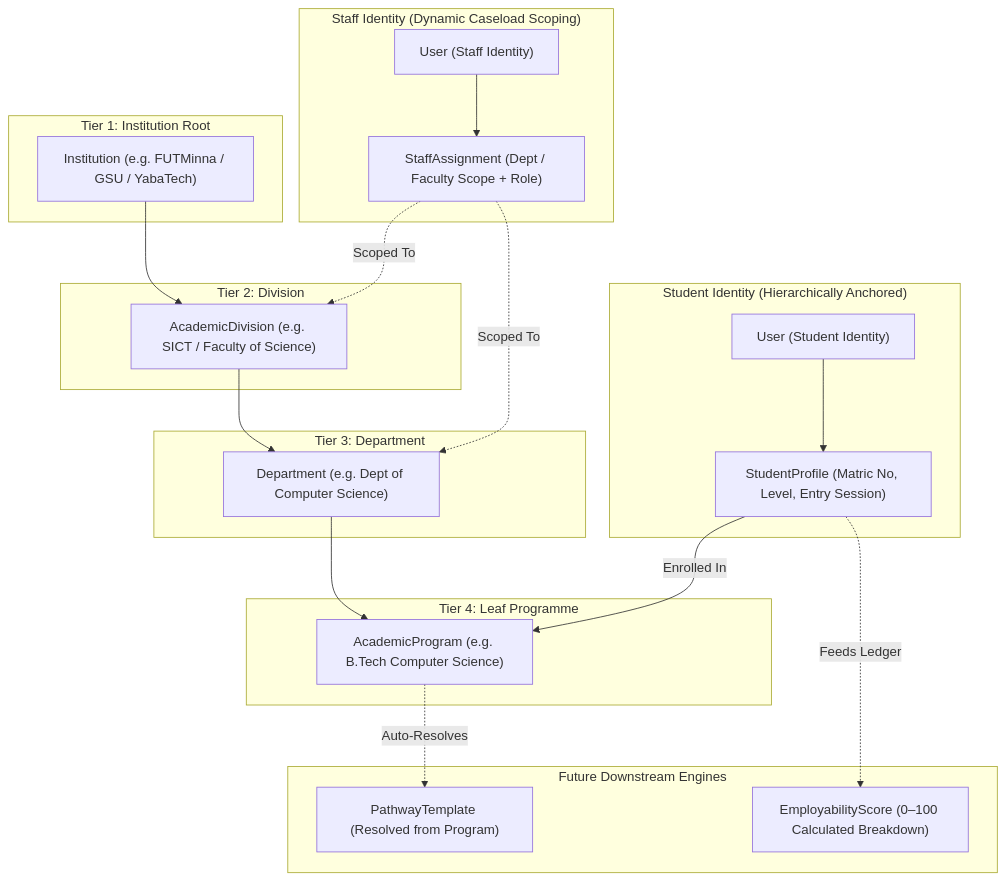
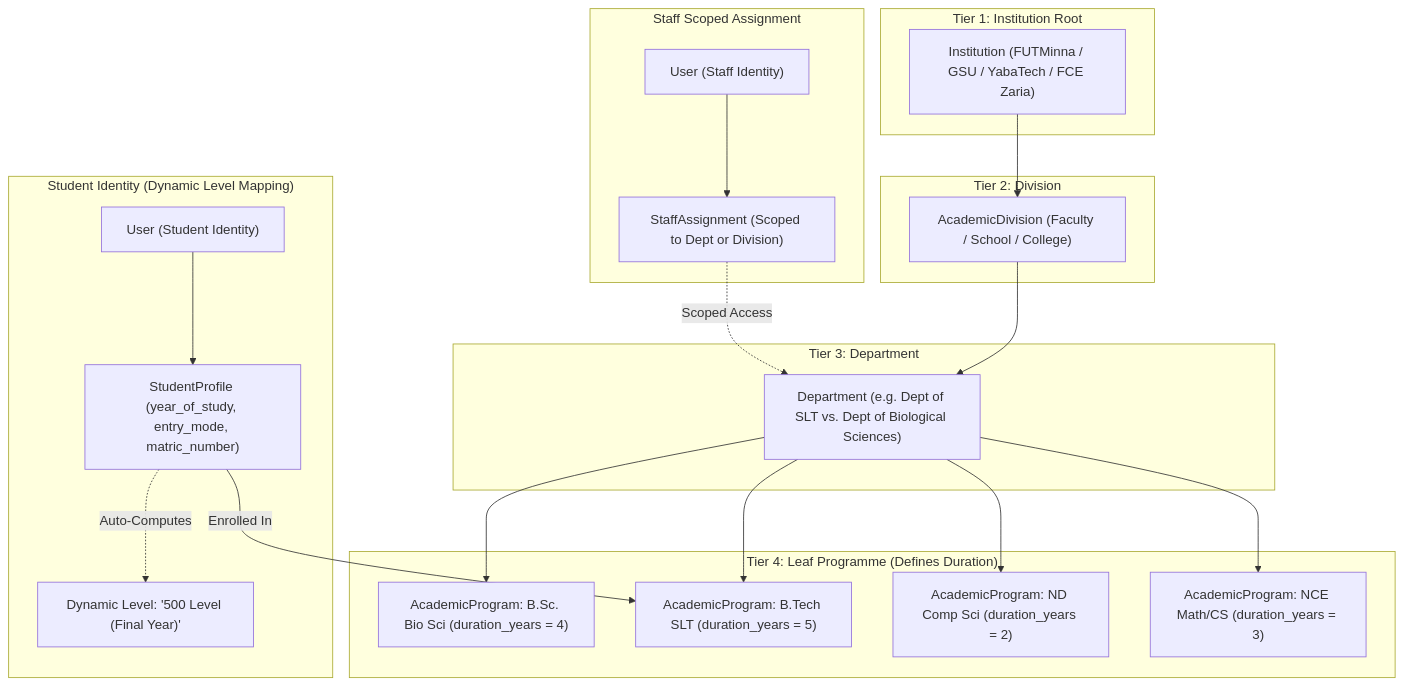
Before and after one commit to mrcode-gmb/edusal: the diagram in tasks/identity_and_student_scaffolding.md, drawn with Mermaid. The commit also changed other lines of this file, not shown here.

Commit message:
docs: update identity plan with dynamic program-driven levels and scoped staff architecture

````diff
--- a/tasks/identity_and_student_scaffolding.md
+++ b/tasks/identity_and_student_scaffolding.md
@@ -22,44 +30,43 @@
 ```mermaid
 graph TD
     subgraph "Tier 1: Institution Root"
-        INST["Institution (e.g. FUTMinna / GSU / YabaTech)"]
+        INST["Institution (FUTMinna / GSU / YabaTech / FCE Zaria)"]
     end
 
     subgraph "Tier 2: Division"
-        DIV["AcademicDivision (e.g. SICT / Faculty of Science)"]
+        DIV["AcademicDivision (Faculty / School / College)"]
     end
 
     subgraph "Tier 3: Department"
-        DEPT["Department (e.g. Dept of Computer Science)"]
+        DEPT["Department (e.g. Dept of SLT vs. Dept of Biological Sciences)"]
     end
 
-    subgraph "Tier 4: Leaf Programme"
-        PROG["AcademicProgram (e.g. B.Tech Computer Science)"]
+    subgraph "Tier 4: Leaf Programme (Defines Duration)"
+        PROG_4YR["AcademicProgram: B.Sc. Bio Sci (duration_years = 4)"]
+        PROG_5YR["AcademicProgram: B.Tech SLT (duration_years = 5)"]
+        PROG_ND["AcademicProgram: ND Comp Sci (duration_years = 2)"]
+        PROG_NCE["AcademicProgram: NCE Math/CS (duration_years = 3)"]
     end
 
-    subgraph "Staff Identity (Dynamic Caseload Scoping)"
+    subgraph "Staff Scoped Assignment"
         USER_STAFF["User (Staff Identity)"]
-        ASSIGN["StaffAssignment (Dept / Faculty Scope + Role)"]
+        ASSIGN["StaffAssignment (Scoped to Dept or Division)"]
         USER_STAFF --> ASSIGN
-        ASSIGN -.->|Scoped To| DIV
-        ASSIGN -.->|Scoped To| DEPT
+        ASSIGN -.->|Scoped Access| DEPT
     end
 
-    subgraph "Student Identity (Hierarchically Anchored)"
+    subgraph "Student Identity (Dynamic Level Mapping)"
         USER_STUDENT["User (Student Identity)"]
-        STUDENT_PROF["StudentProfile (Matric No, Level, Entry Session)"]
+        STUDENT_PROF["StudentProfile (year_of_study, entry_mode, matric_number)"]
         USER_STUDENT --> STUDENT_PROF
-        STUDENT_PROF -->|Enrolled In| PROG
-    end
-
-    subgraph "Future Downstream Engines"
-        PATHWAY["PathwayTemplate (Resolved from Program)"]
-        SCORE["EmployabilityScore (0–100 Calculated Breakdown)"]
-        PROG -.->|Auto-Resolves| PATHWAY
-        STUDENT_PROF -.->|Feeds Ledger| SCORE
+        STUDENT_PROF -->|Enrolled In| PROG_5YR
+        STUDENT_PROF -.->|Auto-Computes| DYN_LEVEL["Dynamic Level: '500 Level (Final Year)'"]
     end
 
     INST --> DIV
     DIV --> DEPT
-    DEPT --> PROG
+    DEPT --> PROG_4YR
+    DEPT --> PROG_5YR
+    DEPT --> PROG_ND
+    DEPT --> PROG_NCE
 ```
````
